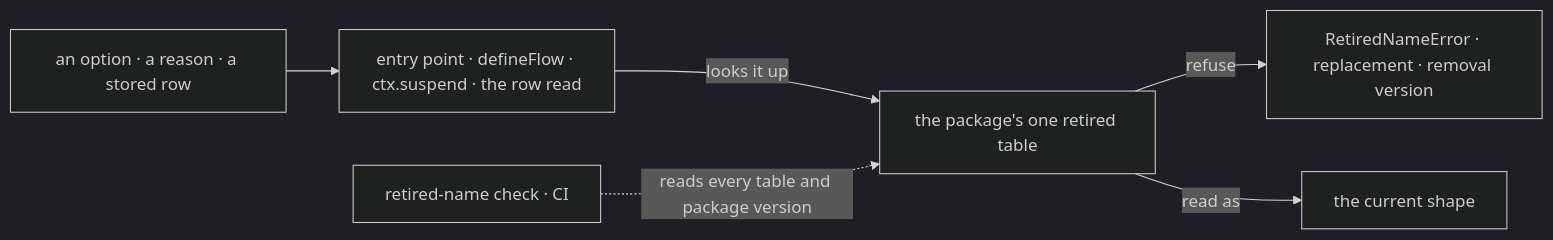
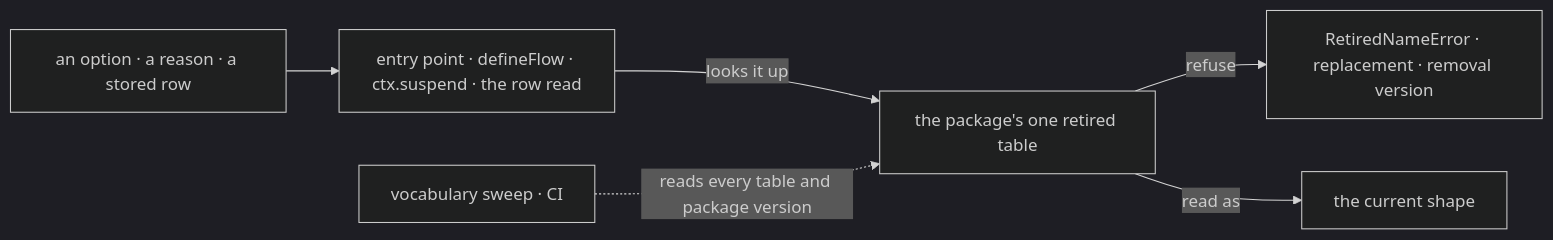
One commit to fixpoint-labs/flow-state-dev changed the second of 2 diagrams in specs/issues/FIX-2454/SPEC.md. Above: the diagram before and after it, drawn with Mermaid (dark theme). The commit also changed other lines of this file and 2 other files, not shown here.

````diff
--- a/specs/issues/FIX-2454/SPEC.md
+++ b/specs/issues/FIX-2454/SPEC.md
@@ -83,8 +86,8 @@
 ```mermaid
 flowchart LR
   A["an option · a reason · a stored row"] --> E["entry point · defineFlow · ctx.suspend · the row read"]
   E -->|"looks it up"| T["the package's one retired table"]
   T -->|"refuse"| R["RetiredNameError · replacement · removal version"]
   T -->|"read as"| N["the current shape"]
-  X["retired-name check · CI"] -.->|"reads every table and package version"| T
+  X["vocabulary sweep · CI"] -.->|"reads every table and package version"| T
 ```
````
